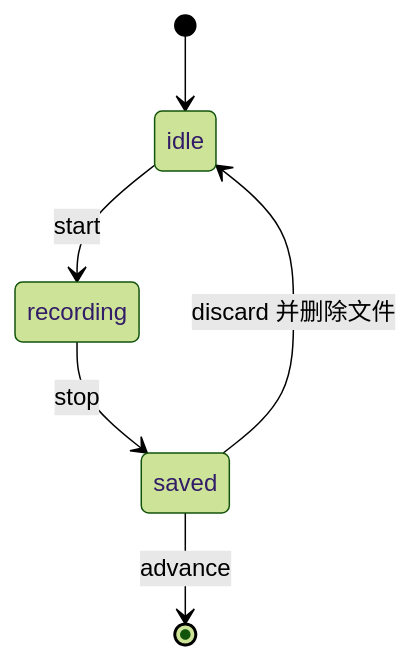
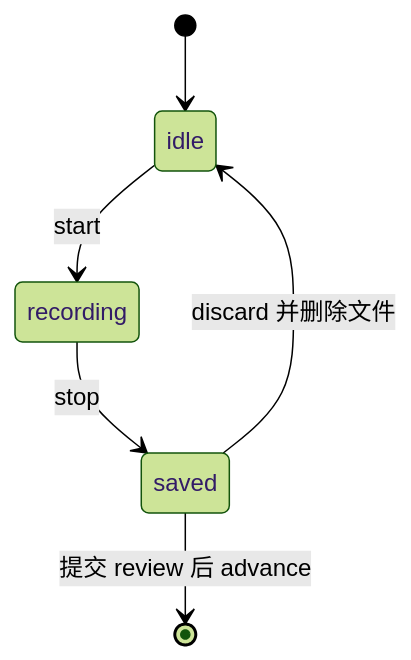
Before and after one commit to Chenhui7au/Realsense-DataCollector: the diagram in docs/API.md, drawn with Mermaid (forest theme). The commit also changed other lines of this file and 18 other files, not shown here.

````diff
--- a/docs/API.md
+++ b/docs/API.md
@@ -401,8 +427,8 @@
 ```mermaid
 stateDiagram-v2
     [*] --> idle
     idle --> recording: start
     recording --> saved: stop
     saved --> idle: discard 并删除文件
-    saved --> [*]: advance
+    saved --> [*]: 提交 review 后 advance
 ```
````
